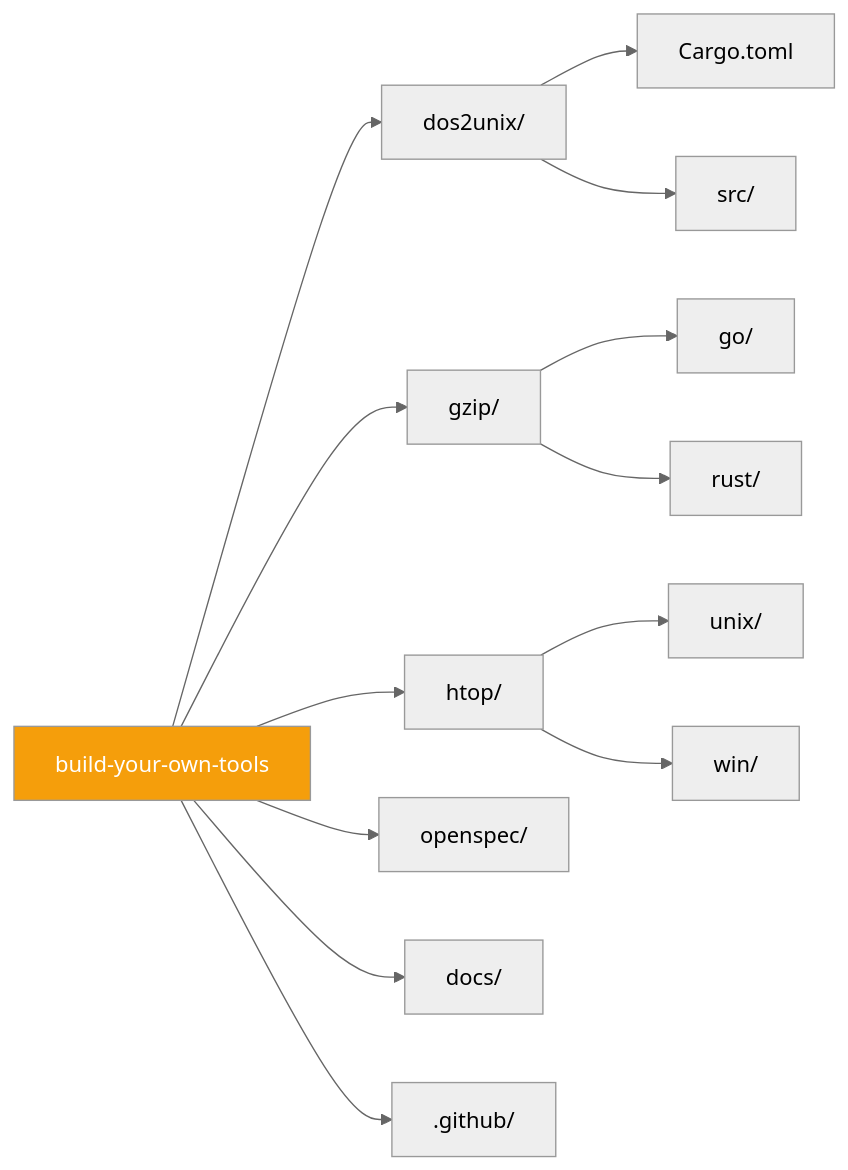
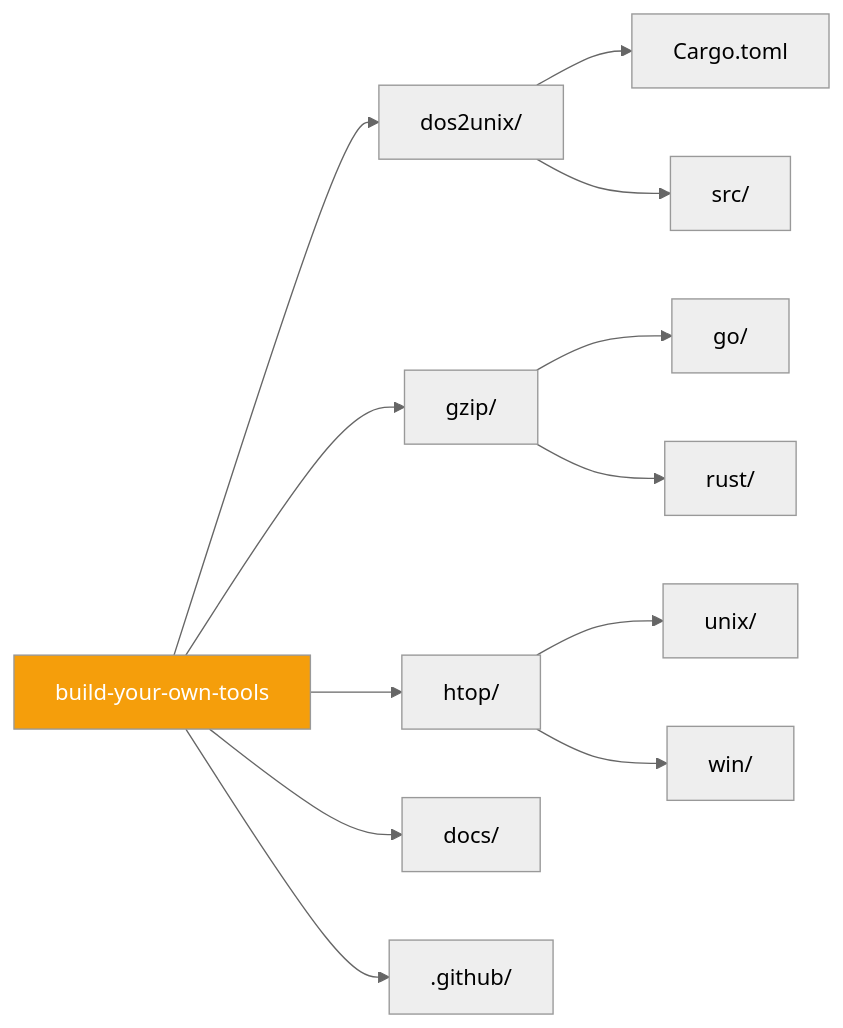
One commit to build-workbench/utop changed the second of 7 diagrams in docs/whitepaper/architecture.md. Above: the diagram before and after it, drawn with Mermaid (neutral theme). The commit also changed other lines of this file and 185 other files, not shown here.

````diff
--- a/docs/whitepaper/architecture.md
+++ b/docs/whitepaper/architecture.md
@@ -50,20 +47,19 @@
 ```mermaid
 graph LR
     A[build-your-own-tools] --> B[dos2unix/]
     A --> C[gzip/]
     A --> D[htop/]
-    A --> E[openspec/]
     A --> F[docs/]
     A --> G[.github/]
     
     B --> B1[Cargo.toml]
     B --> B2[src/]
     
     C --> C1[go/]
     C --> C2[rust/]
     
     D --> D1[unix/]
     D --> D2[win/]
     
     style A fill:#f59e0b,color:#fff
 ```
````
